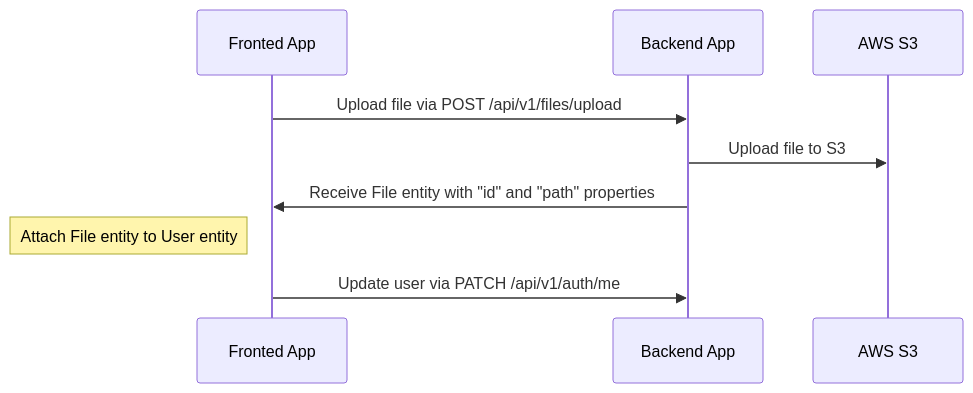
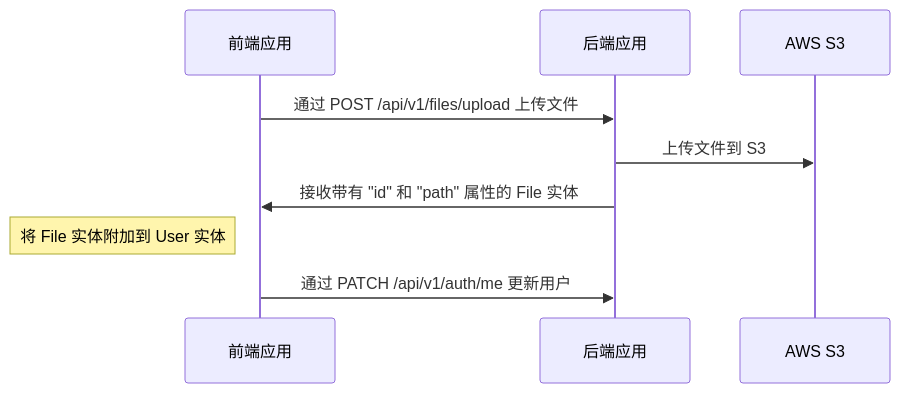
The second of 3 diagrams in docs/file-uploading.md (hankaibo/myhospital-nest), drawn with Mermaid before and after one commit. The commit also changed other lines of this file and 31 other files, not shown here.

````diff
--- a/docs/file-uploading.md
+++ b/docs/file-uploading.md
@@ -89,12 +89,12 @@
 ```mermaid
 sequenceDiagram
-    participant A as Fronted App
-    participant B as Backend App
+    participant A as 前端应用
+    participant B as 后端应用
     participant C as AWS S3
 
-    A->>B: Upload file via POST /api/v1/files/upload
-    B->>C: Upload file to S3
-    B->>A: Receive File entity with "id" and "path" properties
-    note left of A: Attach File entity to User entity
-    A->>B: Update user via PATCH /api/v1/auth/me
+    A->>B: 通过 POST /api/v1/files/upload 上传文件
+    B->>C: 上传文件到 S3
+    B->>A: 接收带有 "id" 和 "path" 属性的 File 实体
+    note left of A: 将 File 实体附加到 User 实体
+    A->>B: 通过 PATCH /api/v1/auth/me 更新用户
 ```
````
